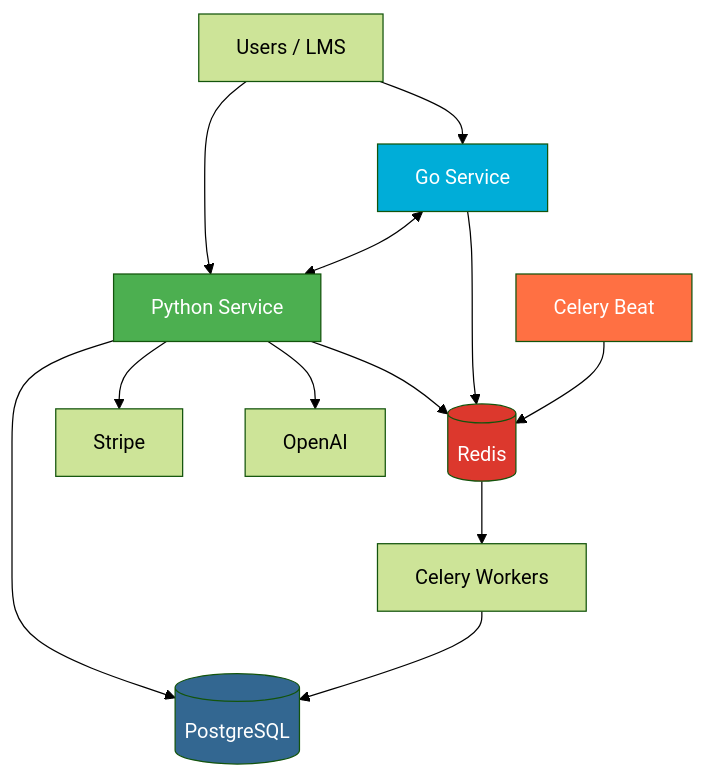
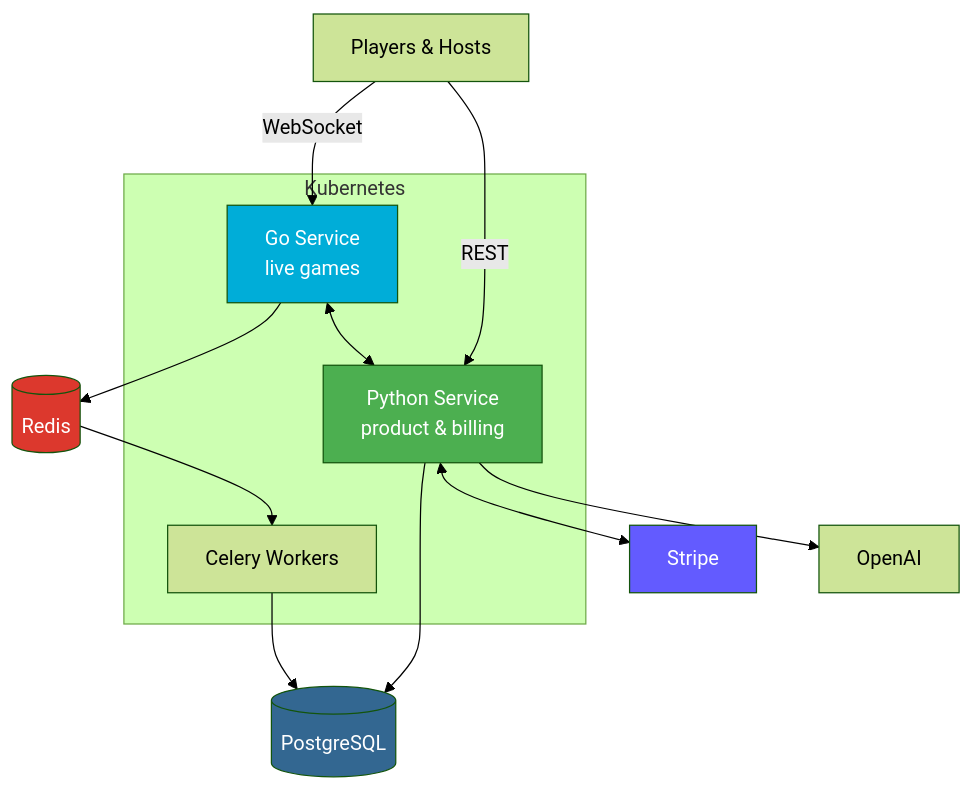
Before and after one commit to rayen-dhmaied/portfolio: the diagram in content/projects/work-projects/quizship.md, drawn with Mermaid (forest theme). The commit also changed other lines of this file and 10 other files, not shown here.

Commit message:
chore: rework diagrams, add new project and update content

````diff
--- a/content/projects/work-projects/quizship.md
+++ b/content/projects/work-projects/quizship.md
@@ -38,23 +37,24 @@
 ```mermaid
 graph TD
-    A[Users / LMS] --> C[Python Service]
-    A --> D[Go Service]
+    U["Players & Hosts"] -->|REST| PY
+    U -->|WebSocket| GO
 
-    C --> E[(PostgreSQL)]
-    C --> R[(Redis)]
-    C --> F[Stripe]
-    C --> G[OpenAI]
+    subgraph K8S ["Kubernetes"]
+        GO[Go Service<br/>live games] <--> PY[Python Service<br/>product & billing]
+        CW[Celery Workers]
+    end
 
-    D --> R
-    D <--> C
+    GO --> RD[(Redis)]
+    RD --> CW
+    PY --> PG[(PostgreSQL)]
+    CW --> PG
 
-    CB[Celery Beat] --> R
-    R --> CW[Celery Workers]
-    CW --> E
+    PY <--> ST[Stripe]
+    PY --> OAI[OpenAI]
 
-    style C fill:#4CAF50,color:#fff
-    style D fill:#00ADD8,color:#fff
-    style R fill:#DC382D,color:#fff
-    style E fill:#336791,color:#fff
-    style CB fill:#FF7043,color:#fff
+    style PY fill:#4CAF50,color:#fff
+    style GO fill:#00ADD8,color:#fff
+    style RD fill:#DC382D,color:#fff
+    style PG fill:#336791,color:#fff
+    style ST fill:#635BFF,color:#fff
 ```
````
